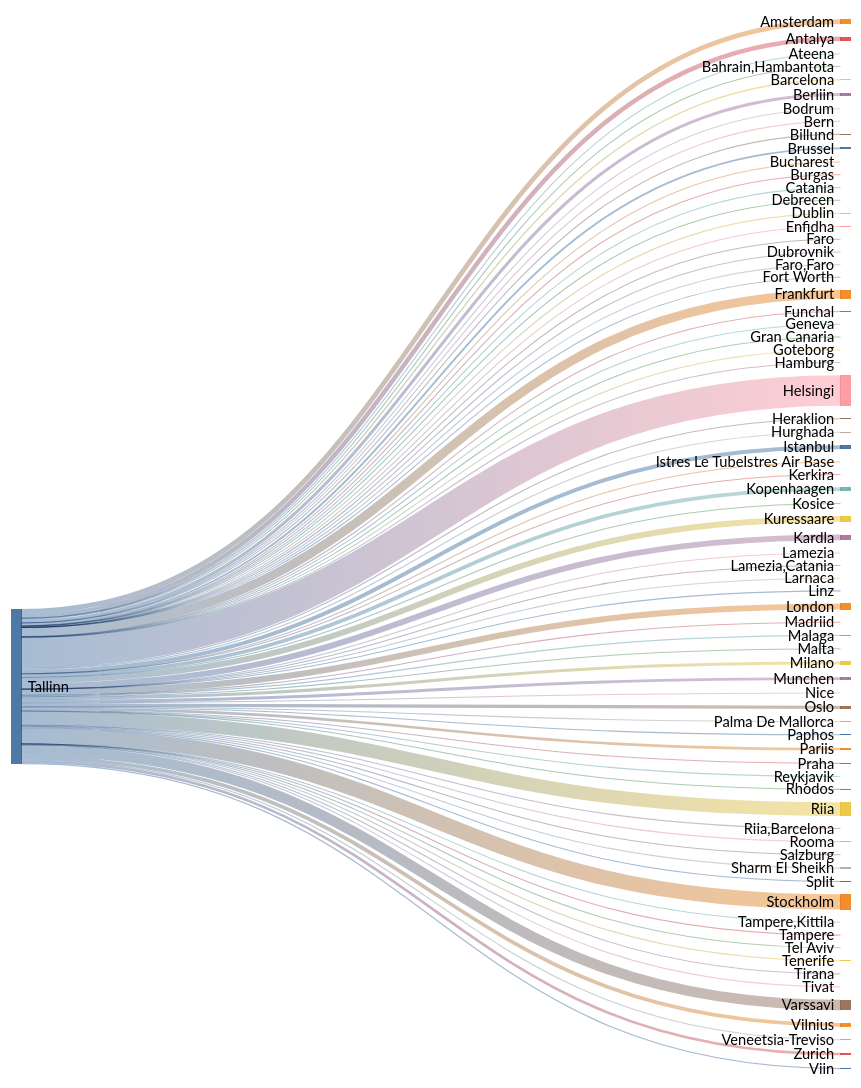
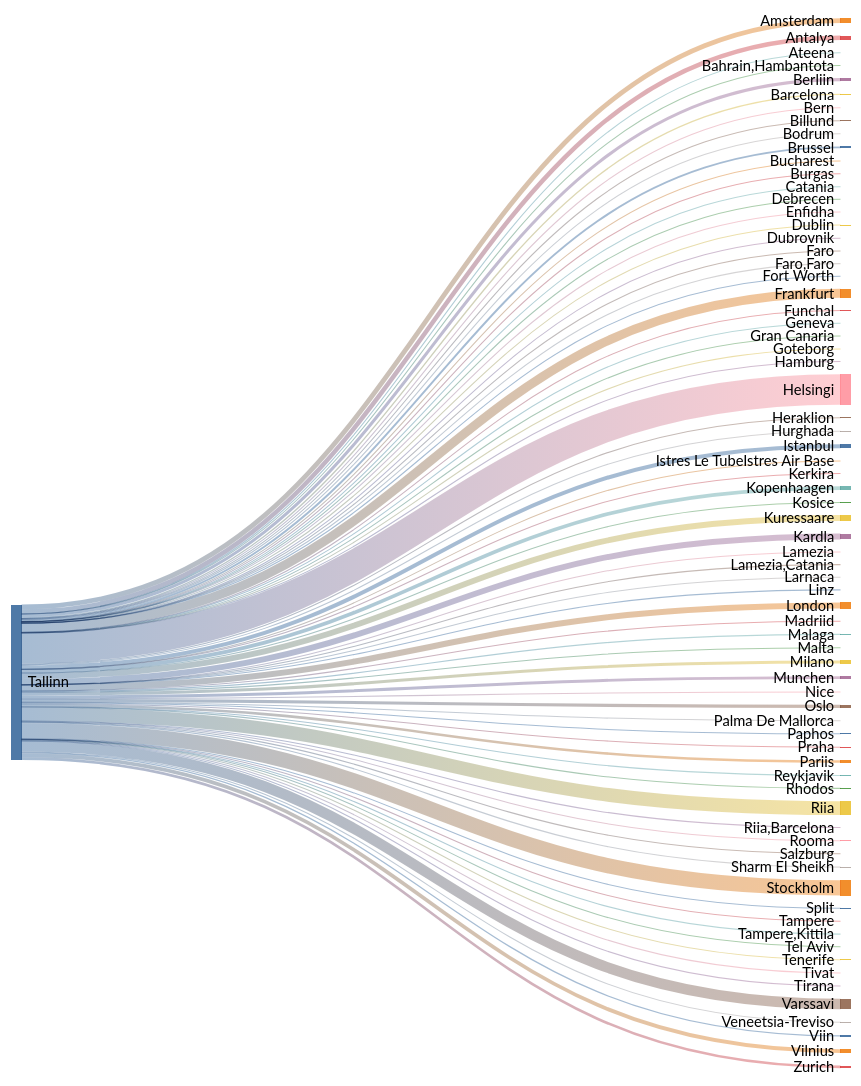
Before and after one commit to rainermesi/tll-airport-departures: the second of 2 diagrams in README.md, drawn with Mermaid (forest theme). The commit also changed other lines of this file and 1 other file, not shown here.

````diff
--- a/README.md
+++ b/README.md
@@ -41,18 +41,18 @@
 ---
 sankey-beta
 %% source,target,value
-Tallinn,Amsterdam,403
-Tallinn,Antalya,381
+Tallinn,Amsterdam,405
+Tallinn,Antalya,383
 Tallinn,Ateena,16
 Tallinn,"Bahrain,Hambantota",1
 Tallinn,Barcelona,113
-Tallinn,Berliin,260
+Tallinn,Berliin,262
 Tallinn,Bern,1
 Tallinn,Billund,66
 Tallinn,Bodrum,11
 Tallinn,Brussel,165
 Tallinn,Bucharest,1
-Tallinn,Burgas,41
+Tallinn,Burgas,42
 Tallinn,Catania,2
 Tallinn,Debrecen,1
 Tallinn,Dublin,83
@@ -61,58 +61,58 @@
 Tallinn,Faro,4
 Tallinn,"Faro,Faro",1
 Tallinn,Fort Worth,1
-Tallinn,Frankfurt,761
+Tallinn,Frankfurt,763
 Tallinn,Funchal,5
 Tallinn,Geneva,13
 Tallinn,Gran Canaria,38
 Tallinn,Goteborg,1
 Tallinn,Hamburg,2
-Tallinn,Helsingi,2580
-Tallinn,Heraklion,77
+Tallinn,Helsingi,2591
+Tallinn,Heraklion,78
 Tallinn,Hurghada,75
-Tallinn,Istanbul,340
+Tallinn,Istanbul,341
 Tallinn,Istres Le TubeIstres Air Base,2
 Tallinn,Kerkira,4
-Tallinn,Kopenhaagen,313
+Tallinn,Kopenhaagen,314
 Tallinn,Kosice,1
-Tallinn,Kuressaare,493
-Tallinn,Kardla,493
+Tallinn,Kuressaare,495
+Tallinn,Kardla,495
 Tallinn,Lamezia,1
 Tallinn,"Lamezia,Catania",3
 Tallinn,Larnaca,4
 Tallinn,Linz,2
-Tallinn,London,515
+Tallinn,London,516
 Tallinn,Madriid,1
 Tallinn,Malaga,102
 Tallinn,Malta,23
-Tallinn,Milano,260
-Tallinn,Munchen,249
-Tallinn,Nice,40
-Tallinn,Oslo,265
+Tallinn,Milano,261
+Tallinn,Munchen,251
+Tallinn,Nice,41
+Tallinn,Oslo,266
 Tallinn,Palma De Mallorca,27
 Tallinn,Paphos,66
-Tallinn,Pariis,217
+Tallinn,Pariis,218
 Tallinn,Praha,69
-Tallinn,Reykjavik,8
+Tallinn,Reykjavik,9
 Tallinn,Rhodos,48
-Tallinn,Riia,1159
+Tallinn,Riia,1163
 Tallinn,"Riia,Barcelona",1
 Tallinn,Rooma,80
 Tallinn,Salzburg,14
 Tallinn,Sharm El Sheikh,98
 Tallinn,Split,41
-Tallinn,Stockholm,1289
+Tallinn,Stockholm,1293
 Tallinn,Tampere,17
 Tallinn,"Tampere,Kittila",21
-Tallinn,Tel Aviv,1
+Tallinn,Tel Aviv,2
 Tallinn,Tenerife,58
 Tallinn,Tirana,22
 Tallinn,Tivat,49
-Tallinn,Varssavi,890
+Tallinn,Varssavi,893
 Tallinn,Veneetsia-Treviso,67
 Tallinn,Viin,106
-Tallinn,Vilnius,319
-Tallinn,Zurich,223
+Tallinn,Vilnius,321
+Tallinn,Zurich,224
 
 
 ```
````
